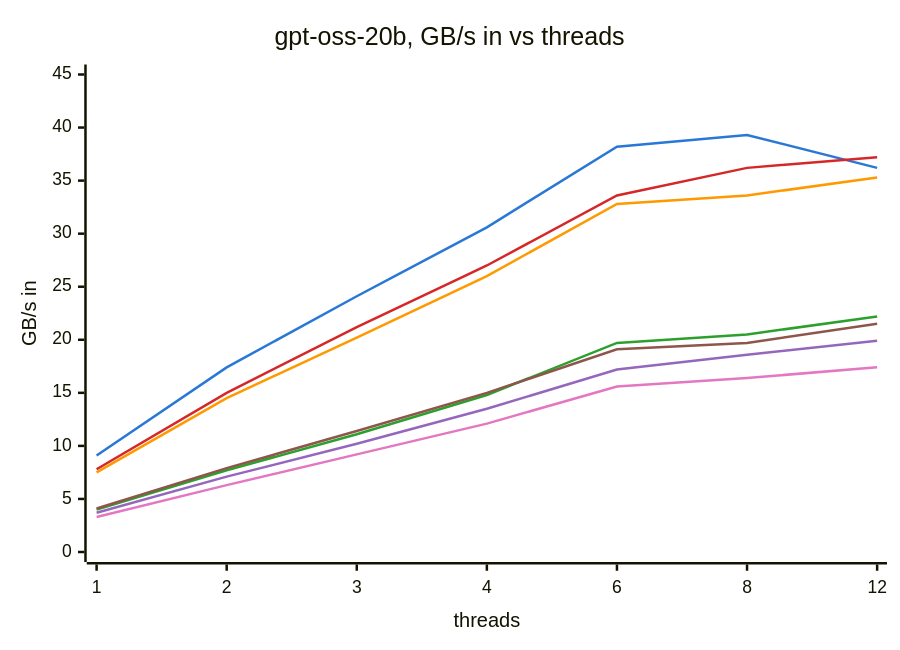
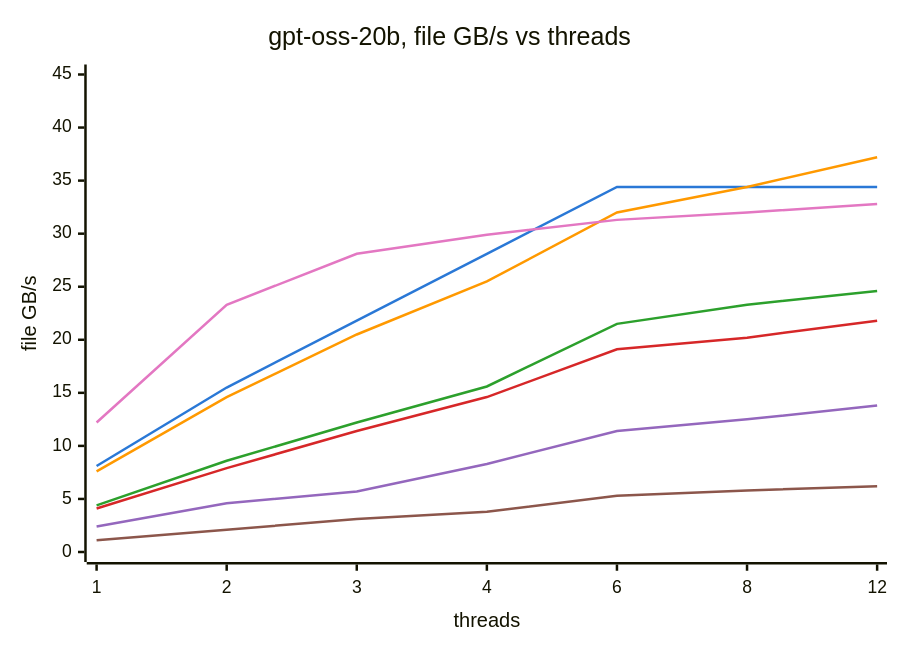
The first of 2 diagrams in README.md (fior512/quant), drawn with Mermaid before and after one commit. The commit also changed other lines of this file and 6 other files, not shown here.

````diff
--- a/README.md
+++ b/README.md
@@ -94,14 +99,14 @@
 ```mermaid
 %%{init: {"themeVariables": {"xyChart": {"plotColorPalette": "#2a78d6, #FF9900, #2ca02c, #d62728, #9467bd, #8c564b, #e377c2"}}}}%%
 xychart-beta
-    title "gpt-oss-20b, GB/s in vs threads"
+    title "gpt-oss-20b, file GB/s vs threads"
     x-axis "threads" ["1", "2", "3", "4", "6", "8", "12"]
-    y-axis "GB/s in" 0 --> 45
-    line [9.1, 17.4, 24.1, 30.6, 38.2, 39.3, 36.2]
-    line [7.5, 14.5, 20.2, 26.0, 32.8, 33.6, 35.3]
-    line [4.0, 7.7, 11.1, 14.8, 19.7, 20.5, 22.2]
-    line [7.8, 15.0, 21.2, 27.0, 33.6, 36.2, 37.2]
-    line [3.7, 7.1, 10.2, 13.5, 17.2, 18.6, 19.9]
-    line [4.1, 7.9, 11.4, 15.0, 19.1, 19.7, 21.5]
-    line [3.3, 6.3, 9.2, 12.1, 15.6, 16.4, 17.4]
+    y-axis "file GB/s" 0 --> 45
+    line [8.1, 15.5, 21.8, 28.1, 34.4, 34.4, 34.4]
+    line [7.6, 14.6, 20.5, 25.5, 32.0, 34.4, 37.2]
+    line [4.4, 8.6, 12.2, 15.6, 21.5, 23.3, 24.6]
+    line [4.1, 7.9, 11.4, 14.6, 19.1, 20.2, 21.8]
+    line [2.4, 4.6, 5.7, 8.3, 11.4, 12.5, 13.8]
+    line [1.1, 2.1, 3.1, 3.8, 5.3, 5.8, 6.2]
+    line [12.2, 23.3, 28.1, 29.9, 31.3, 32.0, 32.8]
 ```
````
